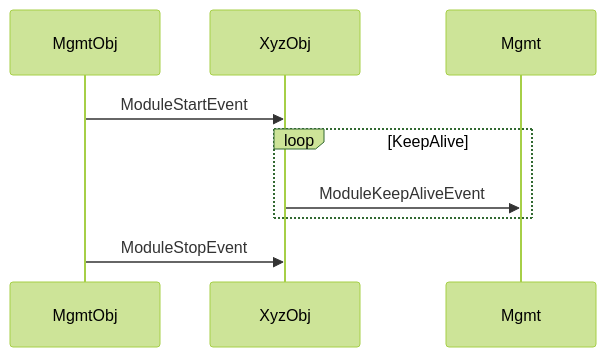
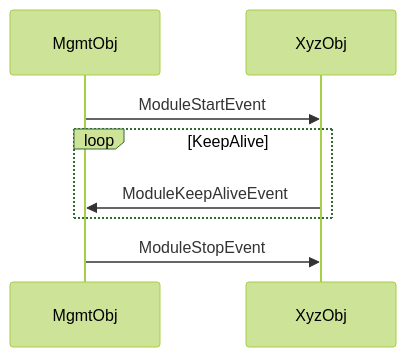
One commit to EnigmaWU/MyIOC_inTDD_withGHC changed the fourth of 4 diagrams in Test/UT_ConlesEventDemoLiveCam.md. Above: the diagram before and after it, drawn with Mermaid (forest theme).

Commit message:
Refactor event names and IDs for DemoLiveCam's module objects from Management Viewpoint

````diff
--- a/Test/UT_ConlesEventDemoLiveCam.md
+++ b/Test/UT_ConlesEventDemoLiveCam.md
@@ -67,11 +67,11 @@
 ```mermaid
 sequenceDiagram
     participant MgmtObj
     participant XyzObj
     
     MgmtObj->>XyzObj: ModuleStartEvent
     loop KeepAlive
-        XyzObj->>Mgmt: ModuleKeepAliveEvent
+        XyzObj->>MgmtObj: ModuleKeepAliveEvent
     end
     MgmtObj->>XyzObj: ModuleStopEvent
 ```
````
